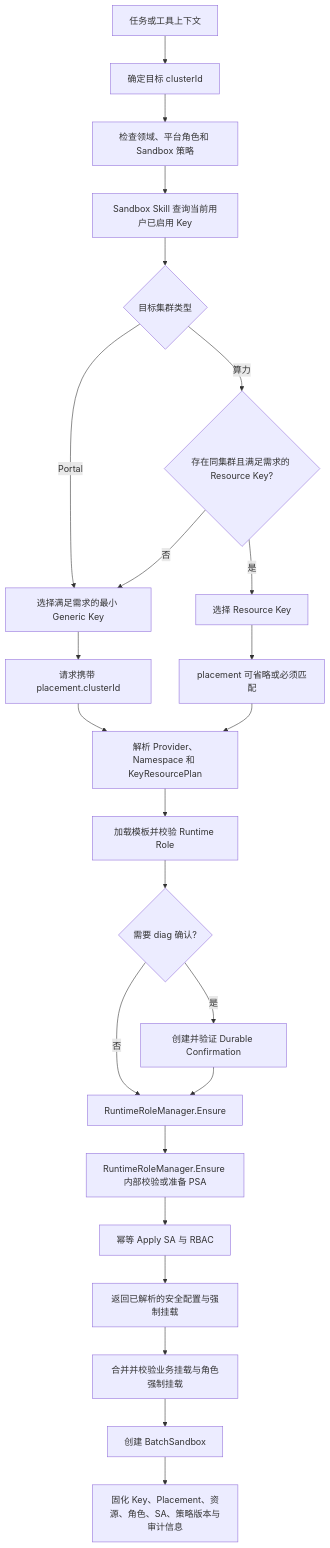
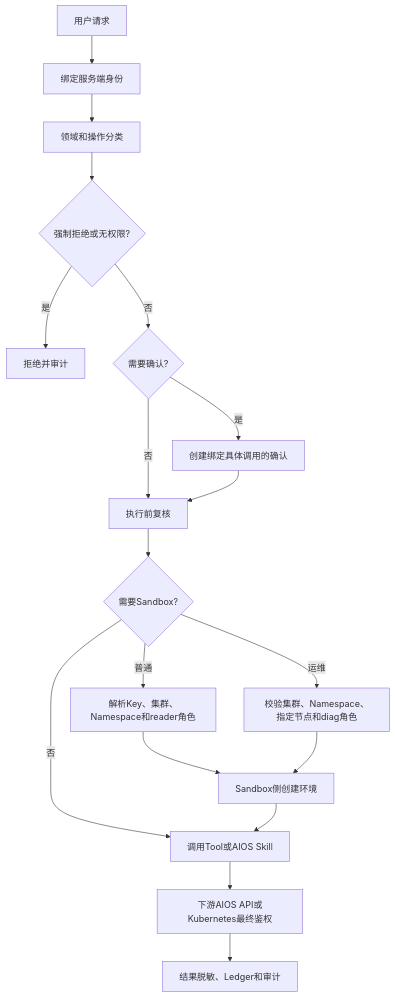
The second of 2 diagrams in docs/design/15-aiop-access-control.md (Wpxknight/agentdemo), drawn with Mermaid before and after one commit. The commit also changed other lines of this file and 1 other file, not shown here.

````diff
--- a/docs/design/15-aiop-access-control.md
+++ b/docs/design/15-aiop-access-control.md
@@ -598,26 +282,20 @@
 ```mermaid
 flowchart TD
-    A[任务或工具上下文] --> B[确定目标 clusterId]
-    B --> C[检查领域、平台角色和 Sandbox 策略]
-    C --> D[Sandbox Skill 查询当前用户已启用 Key]
-    D --> E{目标集群类型}
-    E -->|Portal| F[选择满足需求的最小 Generic Key]
-    E -->|算力| G{存在同集群且满足需求的 Resource Key?}
-    G -->|是| H[选择 Resource Key]
-    G -->|否| F
-    F --> I[请求携带 placement.clusterId]
-    H --> J[placement 可省略或必须匹配]
-    I --> K[解析 Provider、Namespace 和 KeyResourcePlan]
-    J --> K
-    K --> L[加载模板并校验 Runtime Role]
-    L --> M{需要 diag 确认?}
-    M -->|是| N[创建并验证 Durable Confirmation]
-    M -->|否| O[RuntimeRoleManager.Ensure]
-    N --> O
-    O --> P[RuntimeRoleManager.Ensure 内部校验或准备 PSA]
-    P --> Q[幂等 Apply SA 与 RBAC]
-    Q --> R[返回已解析的安全配置与强制挂载]
-    R --> S[合并并校验业务挂载与角色强制挂载]
-    S --> T[创建 BatchSandbox]
-    T --> U[固化 Key、Placement、资源、角色、SA、策略版本与审计信息]
+  A["用户请求"] --> B["绑定服务端身份"]
+  B --> C["领域和操作分类"]
+  C --> D{"强制拒绝或无权限?"}
+  D -->|"是"| R["拒绝并审计"]
+  D -->|"否"| E{"需要确认?"}
+  E -->|"是"| F["创建绑定具体调用的确认"]
+  E -->|"否"| G["执行前复核"]
+  F --> G
+  G --> H{"需要Sandbox?"}
+  H -->|"否"| K["调用Tool或AIOS Skill"]
+  H -->|"普通"| I["解析Key、集群、Namespace和reader角色"]
+  H -->|"运维"| J["校验集群、Namespace、指定节点和diag角色"]
+  I --> L["Sandbox侧创建环境"]
+  J --> L
+  L --> K
+  K --> M["下游AIOS API或Kubernetes最终鉴权"]
+  M --> N["结果脱敏、Ledger和审计"]
 ```
````
